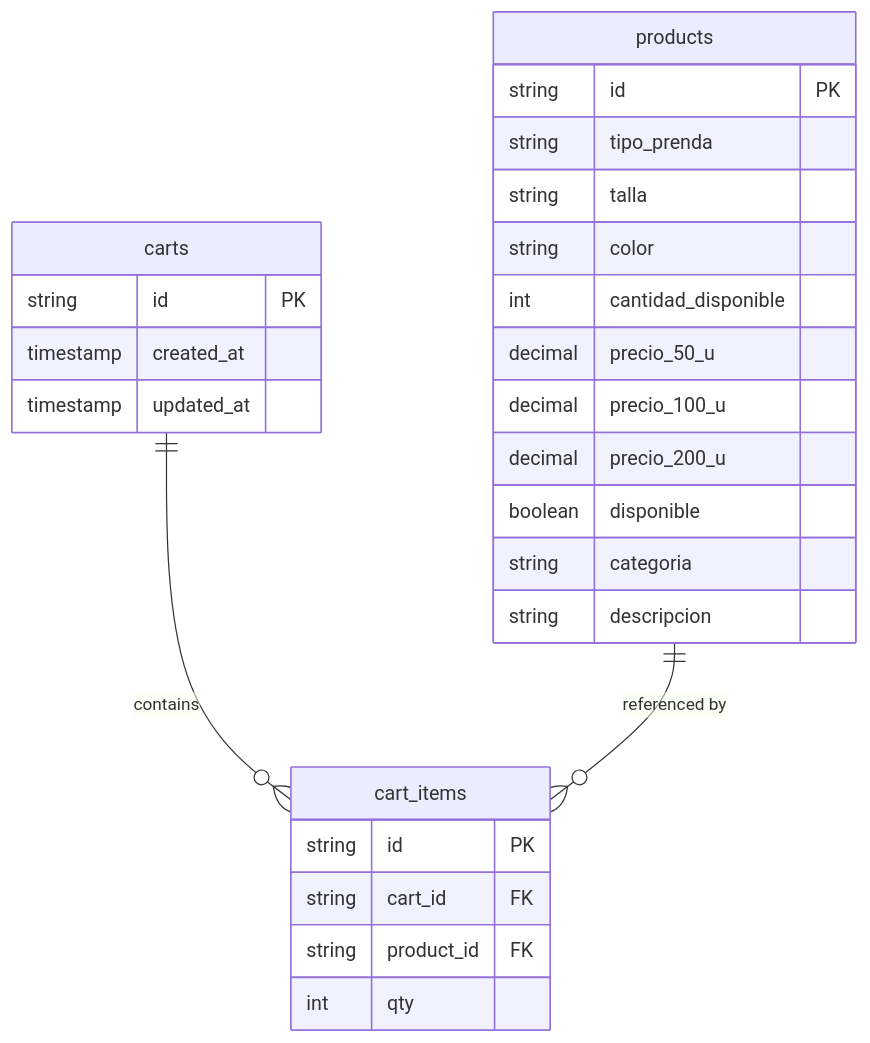
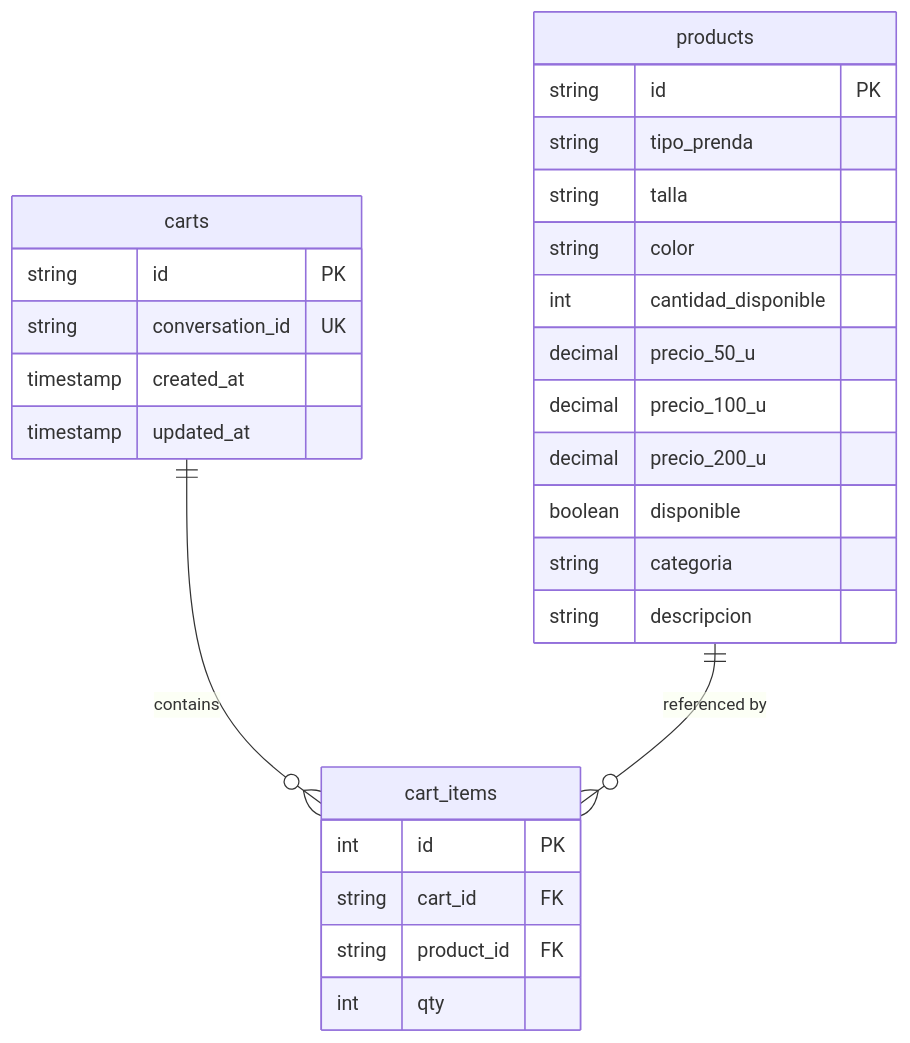
Before and after one commit to mauricioarcez/laburen-challenge: the sixth of 6 diagrams in docs/agent_design.md, drawn with Mermaid. The commit also changed other lines of this file and 26 other files, not shown here.

````diff
--- a/docs/agent_design.md
+++ b/docs/agent_design.md
@@ -133,32 +158,33 @@
 ```mermaid
 erDiagram
     products {
         string id PK
         string tipo_prenda
         string talla
         string color
         int cantidad_disponible
         decimal precio_50_u
         decimal precio_100_u
         decimal precio_200_u
         boolean disponible
         string categoria
         string descripcion
     }
     
     carts {
         string id PK
+        string conversation_id UK
         timestamp created_at
         timestamp updated_at
     }
     
     cart_items {
-        string id PK
+        int id PK
         string cart_id FK
         string product_id FK
         int qty
     }
     
     carts ||--o{ cart_items : contains
     products ||--o{ cart_items : "referenced by"
 ```
````
